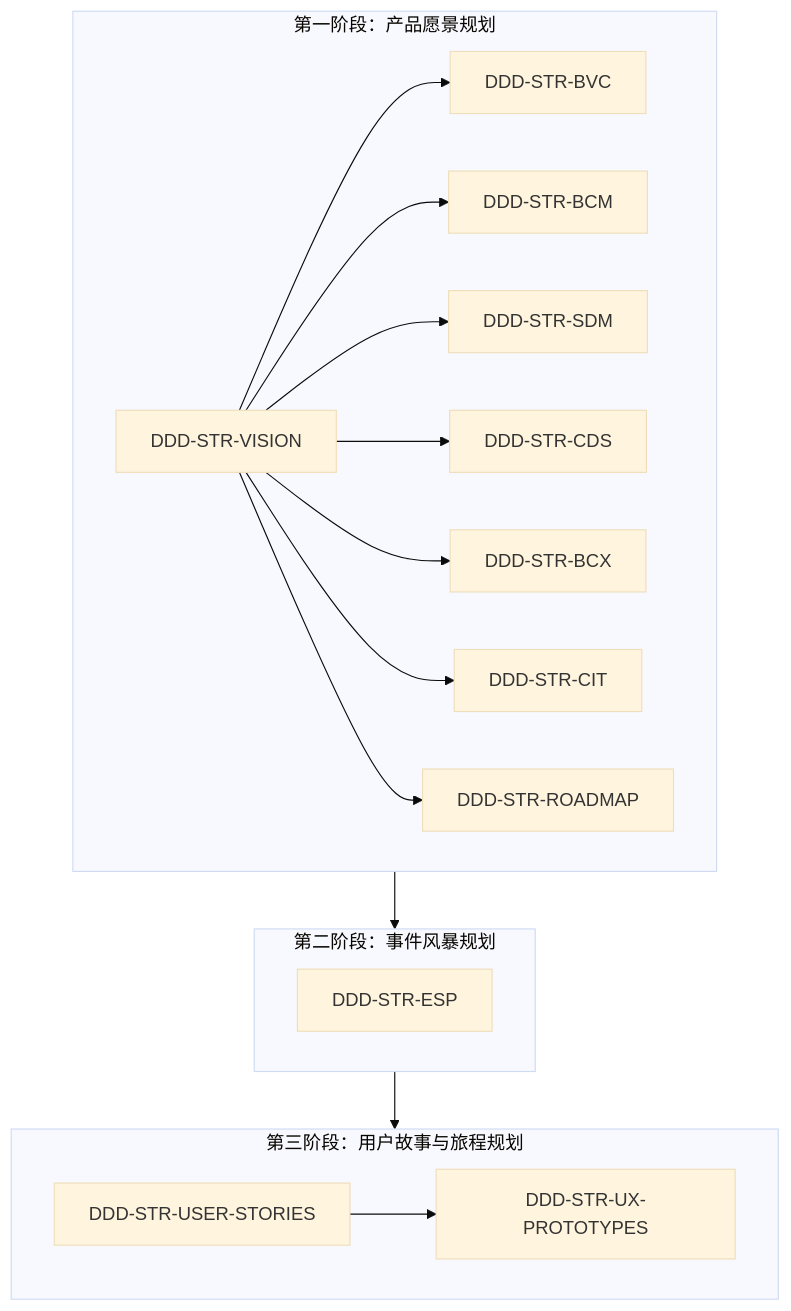
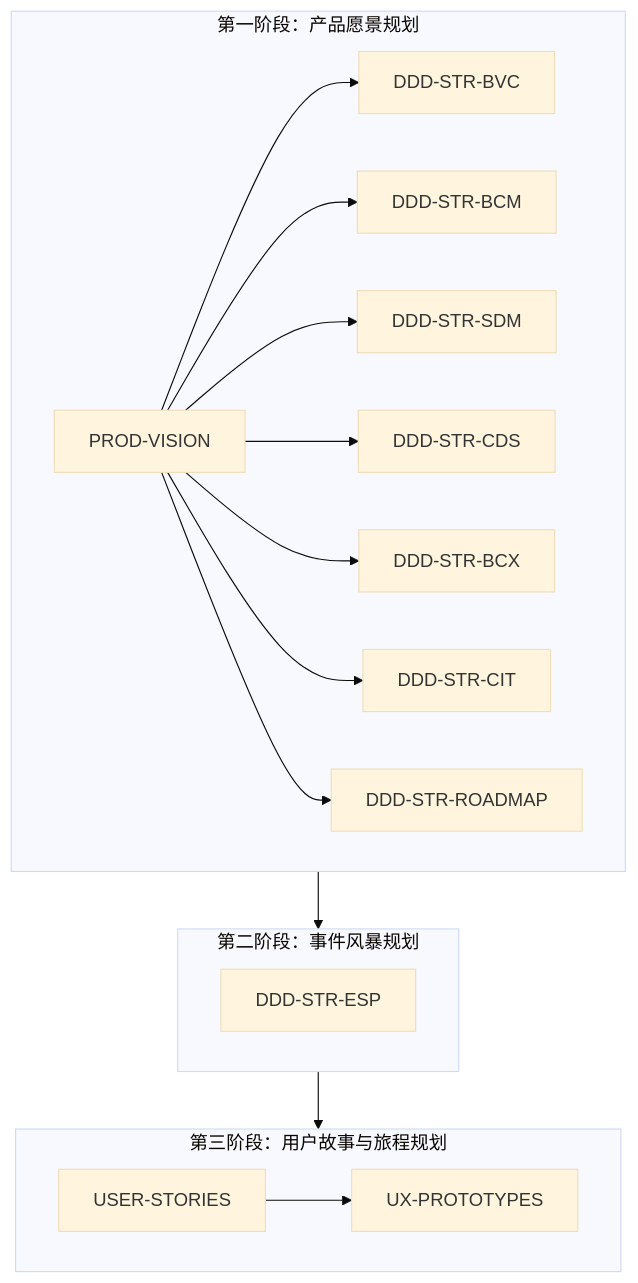
Before and after one commit to aime4eve/lite-webviewer: the diagram in .trae/MVP/防霉管控MVP/docs/战略规划/readme.md, drawn with Mermaid (base theme). The commit also changed other lines of this file and 1879 other files, not shown here.

````diff
--- a/.trae/MVP/防霉管控MVP/docs/战略规划/readme.md
+++ b/.trae/MVP/防霉管控MVP/docs/战略规划/readme.md
@@ -21,26 +21,26 @@
 ```mermaid
 flowchart TD
     subgraph A [第一阶段：产品愿景规划]
         direction LR
-        A1[DDD-STR-VISION] --> A2[DDD-STR-BVC]
+        A1[PROD-VISION] --> A2[DDD-STR-BVC]
         A1 --> A3[DDD-STR-BCM]
         A1 --> A4[DDD-STR-SDM]
         A1 --> A5[DDD-STR-CDS]
         A1 --> A6[DDD-STR-BCX]
         A1 --> A7[DDD-STR-CIT]
         A1 --> A8[DDD-STR-ROADMAP]
     end
 
     subgraph B [第二阶段：事件风暴规划]
         B1[DDD-STR-ESP]
     end
 
     subgraph C [第三阶段：用户故事与旅程规划]
         direction LR
-        C1[DDD-STR-USER-STORIES] --> C2[DDD-STR-UX-PROTOTYPES]
+        C1[USER-STORIES] --> C2[UX-PROTOTYPES]
     end
 
     A --> B
     B --> C
 
 ```
````
